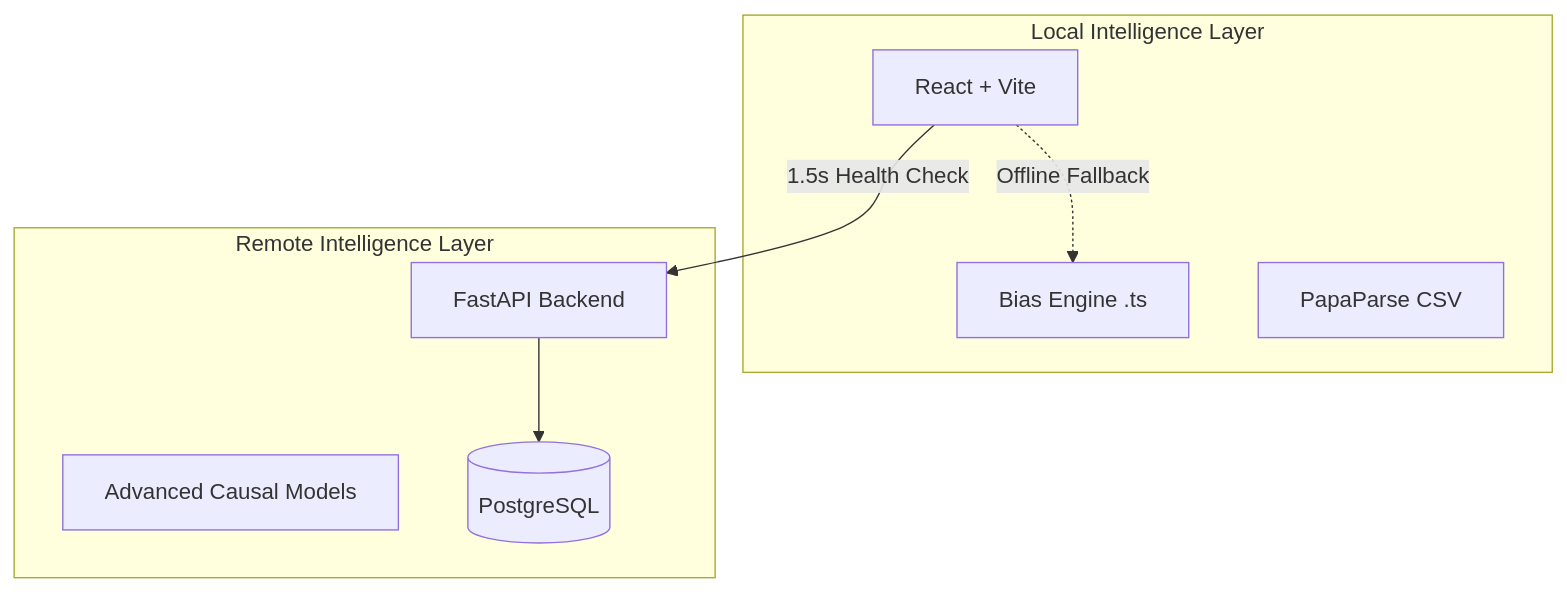
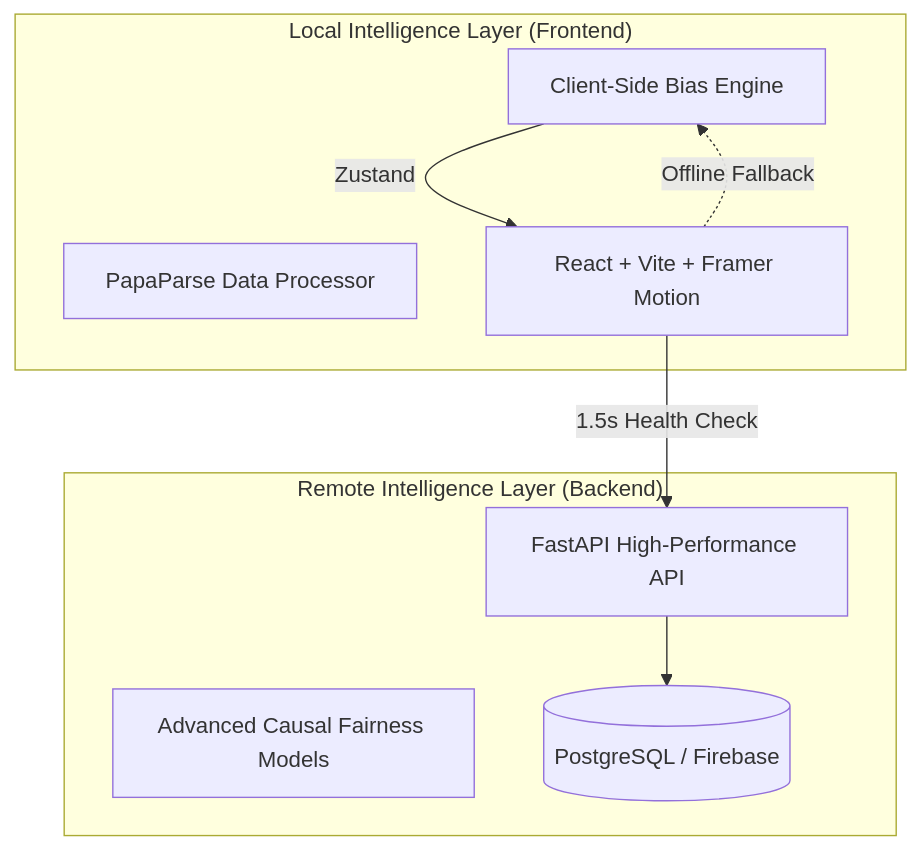
The diagram in README.md (KunjShah95/fairness-lens-studio), drawn with Mermaid before and after one commit. The commit also changed other lines of this file, not shown here.

````diff
--- a/README.md
+++ b/README.md
@@ -56,18 +59,19 @@
 ```mermaid
 graph TD
-    subgraph "Local Intelligence Layer"
-        LE[Bias Engine .ts]
-        PC[PapaParse CSV]
-        UI[React + Vite]
+    subgraph "Local Intelligence Layer (Frontend)"
+        LE[Client-Side Bias Engine]
+        PC[PapaParse Data Processor]
+        UI[React + Vite + Framer Motion]
     end
 
-    subgraph "Remote Intelligence Layer"
-        FE[FastAPI Backend]
-        ML[Advanced Causal Models]
-        DB[(PostgreSQL)]
+    subgraph "Remote Intelligence Layer (Backend)"
+        FE[FastAPI High-Performance API]
+        ML[Advanced Causal Fairness Models]
+        DB[(PostgreSQL / Firebase)]
     end
 
     UI -->|1.5s Health Check| FE
     UI -.->|Offline Fallback| LE
     FE --> DB
+    LE -->|Zustand| UI
 ```
````
